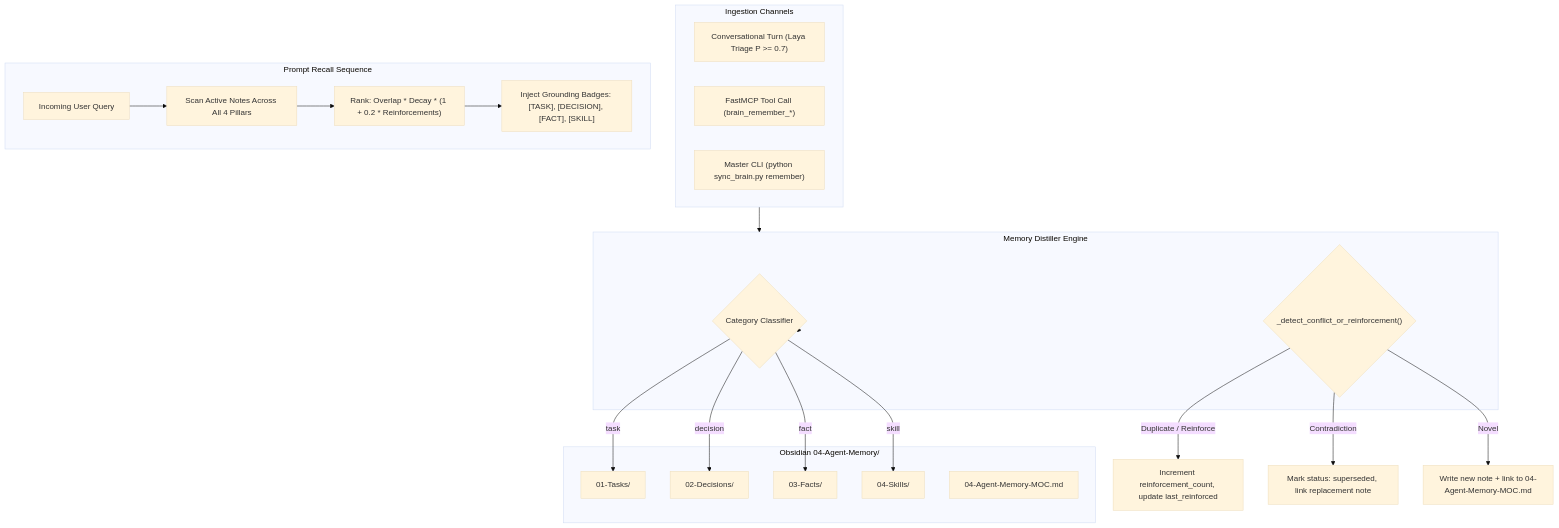
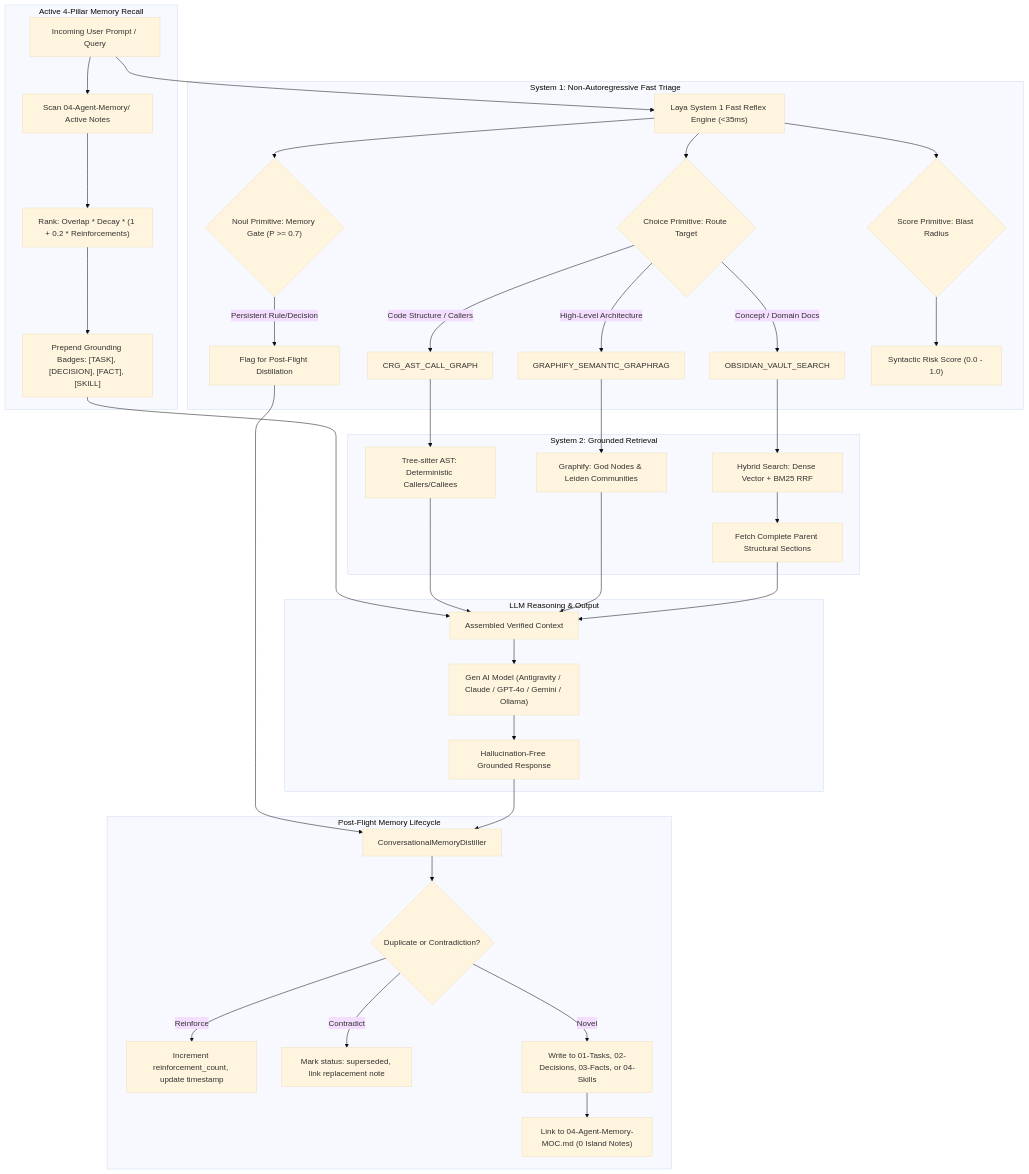
The second of 2 diagrams in README.md (Fabbbbbbb99/2ndBrain), drawn with Mermaid (base theme) before and after one commit. The commit also changed other lines of this file, not shown here.

Commit message:
docs: enrich README with complete dual-process flows, lifecycle diagrams, and multi-model setup

````diff
--- a/README.md
+++ b/README.md
@@ -166,38 +125,45 @@
 ```mermaid
 flowchart TD
-    subgraph Ingestion ["Ingestion Channels"]
-        A["Conversational Turn (Laya Triage P >= 0.7)"]
-        B["FastMCP Tool Call (brain_remember_*)"]
-        C["Master CLI (python sync_brain.py remember)"]
+    UserPrompt["Incoming User Prompt / Query"] --> Reflex["Laya System 1 Fast Reflex Engine (<35ms)"]
+
+    subgraph System1 ["System 1: Non-Autoregressive Fast Triage"]
+        Reflex --> Choice{"Choice Primitive: Route Target"}
+        Choice -->|Code Structure / Callers| RouteCRG["CRG_AST_CALL_GRAPH"]
+        Choice -->|High-Level Architecture| RouteGraph["GRAPHIFY_SEMANTIC_GRAPHRAG"]
+        Choice -->|Concept / Domain Docs| RouteVault["OBSIDIAN_VAULT_SEARCH"]
+
+        Reflex --> Noul{"Noul Primitive: Memory Gate (P >= 0.7)"}
+        Noul -->|Persistent Rule/Decision| FlagMemory["Flag for Post-Flight Distillation"]
+
+        Reflex --> Score{"Score Primitive: Blast Radius"}
+        Score --> RiskScore["Syntactic Risk Score (0.0 - 1.0)"]
     end
 
-    subgraph Distiller ["Memory Distiller Engine"]
-        Route{"Category Classifier"}
-        Check{"_detect_conflict_or_reinforcement()"}
+    subgraph MemoryRecall ["Active 4-Pillar Memory Recall"]
+        UserPrompt --> Scanner["Scan 04-Agent-Memory/ Active Notes"]
+        Scanner --> Rank["Rank: Overlap * Decay * (1 + 0.2 * Reinforcements)"]
+        Rank --> Badges["Prepend Grounding Badges: [TASK], [DECISION], [FACT], [SKILL]"]
     end
 
-    subgraph Pillars ["Obsidian 04-Agent-Memory/"]
-        T["01-Tasks/"]
-        D["02-Decisions/"]
-        F["03-Facts/"]
-        S["04-Skills/"]
-        MOC["04-Agent-Memory-MOC.md"]
+    subgraph GroundedExecution ["System 2: Grounded Retrieval"]
+        RouteCRG --> ASTExec["Tree-sitter AST: Deterministic Callers/Callees"]
+        RouteGraph --> GraphExec["Graphify: God Nodes & Leiden Communities"]
+        RouteVault --> HybridExec["Hybrid Search: Dense Vector + BM25 RRF"]
+        HybridExec --> ParentDelivery["Fetch Complete Parent Structural Sections"]
     end
 
-    Ingestion --> Distiller
-    Distiller --> Route
-    Route -->|task| T
-    Route -->|decision| D
-    Route -->|fact| F
-    Route -->|skill| S
+    subgraph Generation ["LLM Reasoning & Output"]
+        Badges & ASTExec & GraphExec & ParentDelivery --> ContextBlock["Assembled Verified Context"]
+        ContextBlock --> LLM["Gen AI Model (Antigravity / Claude / GPT-4o / Gemini / Ollama)"]
+        LLM --> UserResponse["Hallucination-Free Grounded Response"]
+    end
 
-    Check -->|Duplicate / Reinforce| Bump["Increment reinforcement_count, update last_reinforced"]
-    Check -->|Contradiction| Sup["Mark status: superseded, link replacement note"]
-    Check -->|Novel| Write["Write new note + link to 04-Agent-Memory-MOC.md"]
-
-    subgraph Recall ["Prompt Recall Sequence"]
-        Query["Incoming User Query"] --> Scan["Scan Active Notes Across All 4 Pillars"]
-        Scan --> Rank["Rank: Overlap * Decay * (1 + 0.2 * Reinforcements)"]
-        Rank --> Badges["Inject Grounding Badges: [TASK], [DECISION], [FACT], [SKILL]"]
+    subgraph Distillation ["Post-Flight Memory Lifecycle"]
+        FlagMemory & UserResponse --> Distiller["ConversationalMemoryDistiller"]
+        Distiller --> CheckExist{"Duplicate or Contradiction?"}
+        CheckExist -->|Reinforce| Inc["Increment reinforcement_count, update timestamp"]
+        CheckExist -->|Contradict| Sup["Mark status: superseded, link replacement note"]
+        CheckExist -->|Novel| SavePillar["Write to 01-Tasks, 02-Decisions, 03-Facts, or 04-Skills"]
+        SavePillar --> LinkMOC["Link to 04-Agent-Memory-MOC.md (0 Island Notes)"]
     end
 ```
````
